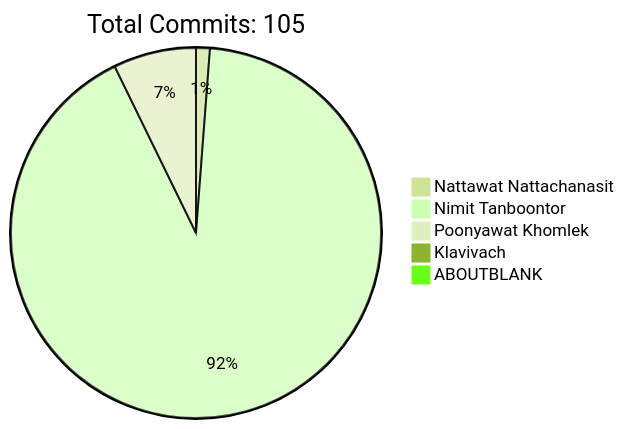
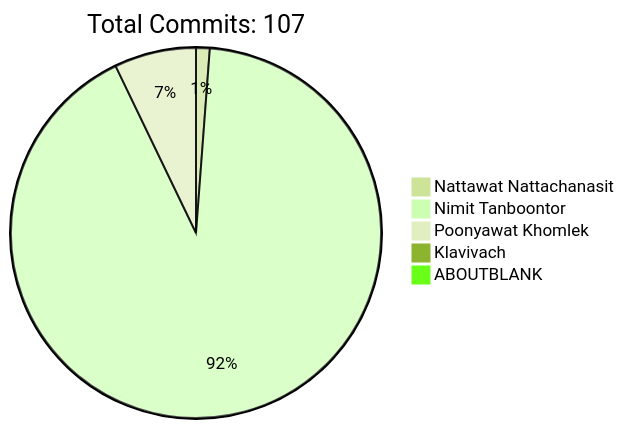
One commit to HLLC-MFU/HLLC-2025 changed the diagram in README.md. Above: the diagram before and after it, drawn with Mermaid (forest theme). The commit also changed other lines of this file, not shown here.

````diff
--- a/README.md
+++ b/README.md
@@ -170,9 +170,9 @@
 ```mermaid
 pie
-    title Total Commits: 105
+    title Total Commits: 107
     "Nattawat Nattachanasit" : 1
-    "Nimit Tanboontor" : 76
+    "Nimit Tanboontor" : 77
     "Poonyawat Khomlek" : 6
     "Klavivach" : 0
     "ABOUTBLANK" : 0
 ```
````
